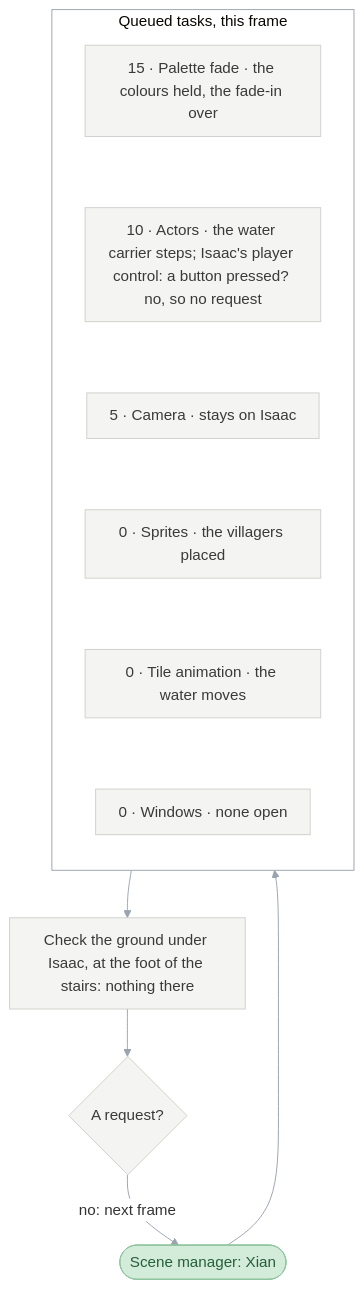
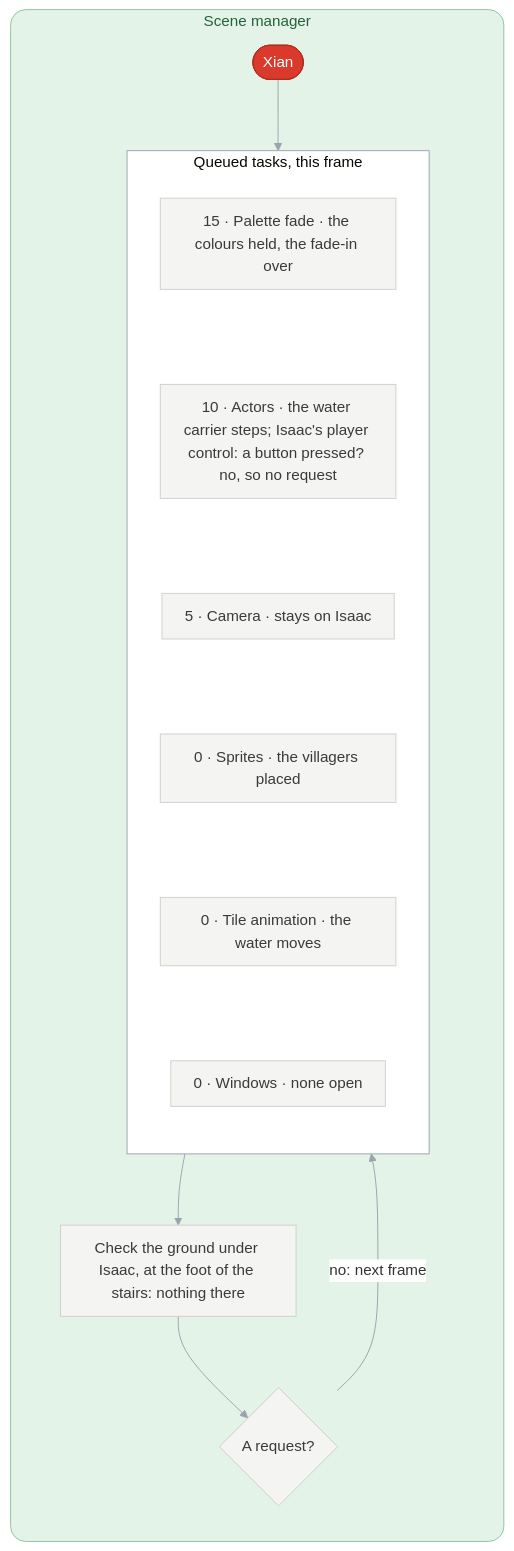
One commit to PascalPixel/alchemy changed the eighth of 8 diagrams in games/tbs/README.md. Above: the diagram before and after it, drawn with Mermaid. The commit also changed other lines of this file, not shown here.

````diff
--- a/games/tbs/README.md
+++ b/games/tbs/README.md
@@ -201,23 +270,28 @@
 ```mermaid
 %%{init: {"theme": "base", "themeVariables": {"lineColor": "#9AA3AE", "edgeLabelBackground": "#FFFFFF"}, "flowchart": {"curve": "basis", "padding": 12}}}%%
 flowchart TD
-  frame(["Scene manager: Xian"]) --> queue
-  subgraph queue ["Queued tasks, this frame"]
+  subgraph mgr ["Scene manager"]
     direction TB
-    t1["15 · Palette fade · the colours held, the fade-in over"] ~~~ t2["10 · Actors · the water carrier steps; Isaac's player control: a button pressed? no, so no request"]
-    t2 ~~~ t3["5 · Camera · stays on Isaac"] ~~~ t4["0 · Sprites · the villagers placed"]
-    t4 ~~~ t5["0 · Tile animation · the water moves"] ~~~ t6["0 · Windows · none open"]
+    xian(["Xian"]) --> queue
+    subgraph queue ["Queued tasks, this frame"]
+      direction TB
+      t1["15 · Palette fade · the colours held, the fade-in over"] ~~~ t2["10 · Actors · the water carrier steps; Isaac's player control: a button pressed? no, so no request"]
+      t2 ~~~ t3["5 · Camera · stays on Isaac"] ~~~ t4["0 · Sprites · the villagers placed"]
+      t4 ~~~ t5["0 · Tile animation · the water moves"] ~~~ t6["0 · Windows · none open"]
+    end
+    queue --> ground["Check the ground under Isaac, at the foot of the stairs: nothing there"]
+    ground --> check{"A request?"}
+    check -->|"no: next frame"| queue
   end
-  queue --> ground["Check the ground under Isaac, at the foot of the stairs: nothing there"]
-  ground --> check{"A request?"}
-  check -->|"no: next frame"| frame
   classDef sequenceManager fill:#DDE3EC,stroke:#8FA0B8,color:#2E3C50
   classDef sceneSequence fill:#D2EEF3,stroke:#7FC3D0,color:#1E5966
   classDef battle fill:#F6D5D2,stroke:#D9928B,color:#8A2A22
   classDef sceneManager fill:#D3EBD9,stroke:#8DC49E,color:#25603A
   classDef request fill:#FBE7C6,stroke:#E0B46A,color:#7A5212
+  classDef place fill:#D93A2B,stroke:#B02A1D,color:#FFFFFF
   classDef step fill:#F4F4F2,stroke:#CFCFCB,color:#3A3A38
-  class frame sceneManager
+  class xian place
   class t1,t2,t3,t4,t5,t6,ground,check step
+  style mgr fill:#E4F3E8,stroke:#8DC49E,color:#25603A,rx:16,ry:16
   style queue fill:#FFFFFF,stroke:#9AA3AE
 ```
````
